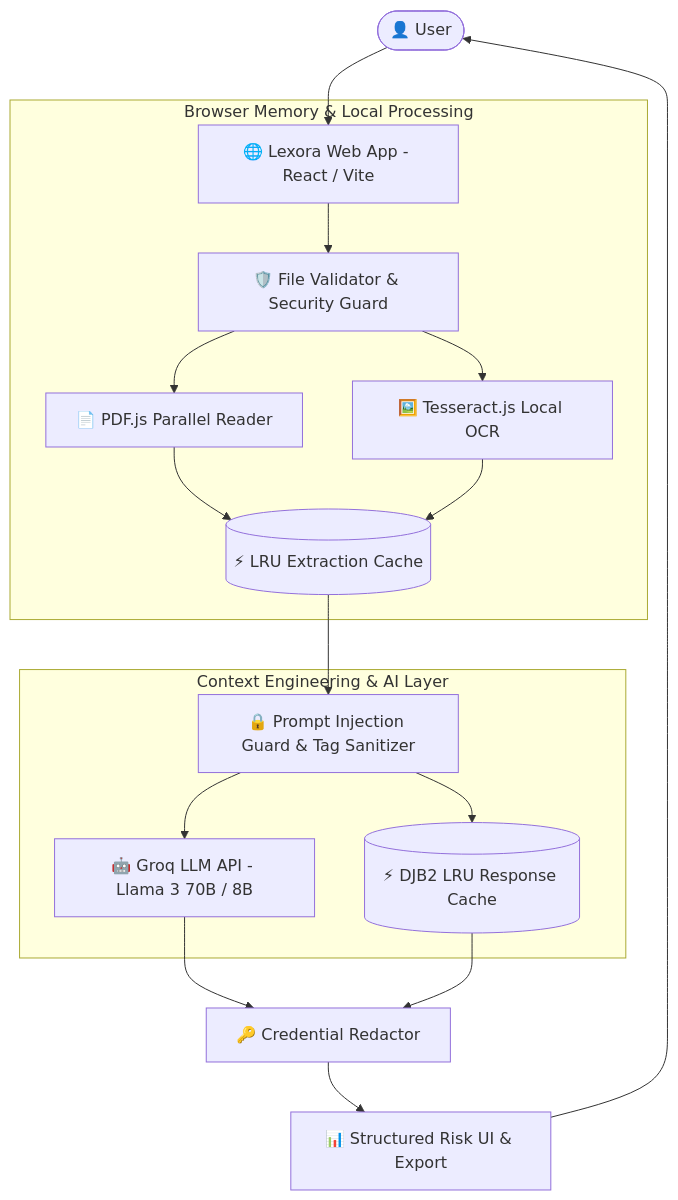
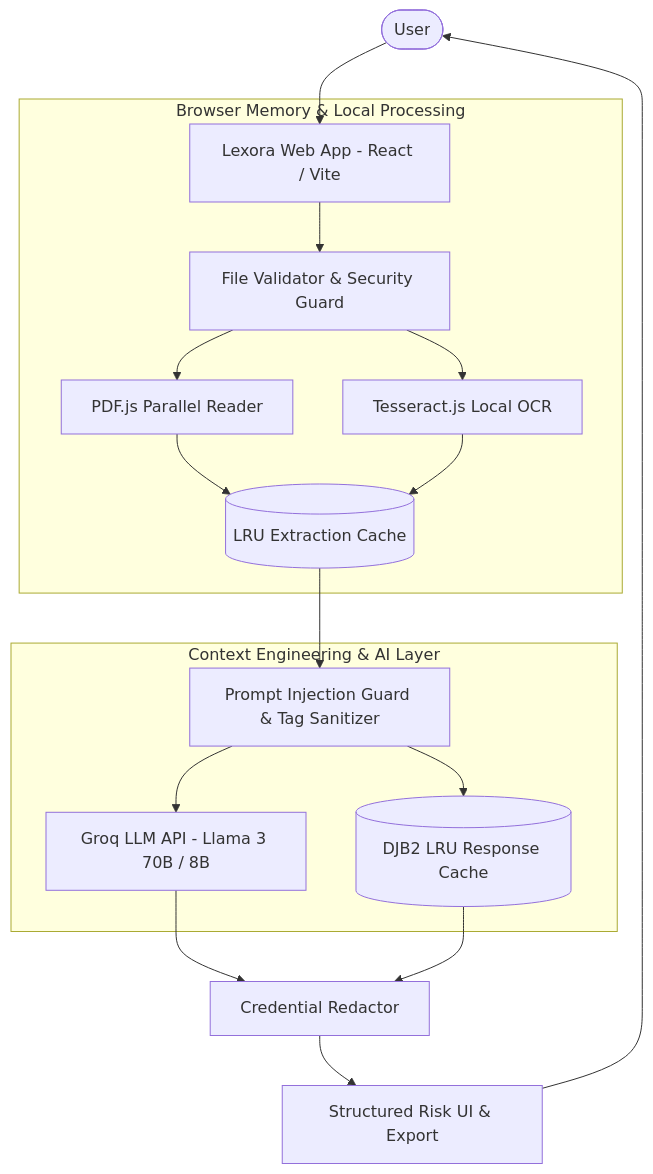
Before and after one commit to skysys007/Lexora: the diagram in README.md, drawn with Mermaid. The commit also changed other lines of this file and 4 other files, not shown here.

````diff
--- a/README.md
+++ b/README.md
@@ -51,24 +51,24 @@
 ```mermaid
 flowchart TD
-    User([👤 User]) --> WebApp[🌐 Lexora Web App - React / Vite]
+    User([User]) --> WebApp[Lexora Web App - React / Vite]
     
     subgraph Browser Memory & Local Processing
-        WebApp --> FileVal[🛡️ File Validator & Security Guard]
-        FileVal --> PDFEngine[📄 PDF.js Parallel Reader]
-        FileVal --> OCREngine[🖼️ Tesseract.js Local OCR]
+        WebApp --> FileVal[File Validator & Security Guard]
+        FileVal --> PDFEngine[PDF.js Parallel Reader]
+        FileVal --> OCREngine[Tesseract.js Local OCR]
         
-        PDFEngine --> ExtractionCache[(⚡ LRU Extraction Cache)]
+        PDFEngine --> ExtractionCache[(LRU Extraction Cache)]
         OCREngine --> ExtractionCache
     end
     
     subgraph Context Engineering & AI Layer
-        ExtractionCache --> ContextGuard[🔒 Prompt Injection Guard & Tag Sanitizer]
-        ContextGuard --> ResponseCache[(⚡ DJB2 LRU Response Cache)]
-        ContextGuard --> GroqAPI[🤖 Groq LLM API - Llama 3 70B / 8B]
+        ExtractionCache --> ContextGuard[Prompt Injection Guard & Tag Sanitizer]
+        ContextGuard --> ResponseCache[(DJB2 LRU Response Cache)]
+        ContextGuard --> GroqAPI[Groq LLM API - Llama 3 70B / 8B]
     end
     
-    GroqAPI --> RedactGuard[🔑 Credential Redactor]
+    GroqAPI --> RedactGuard[Credential Redactor]
     ResponseCache --> RedactGuard
-    RedactGuard --> UI[📊 Structured Risk UI & Export]
+    RedactGuard --> UI[Structured Risk UI & Export]
     UI --> User
 ```
````
